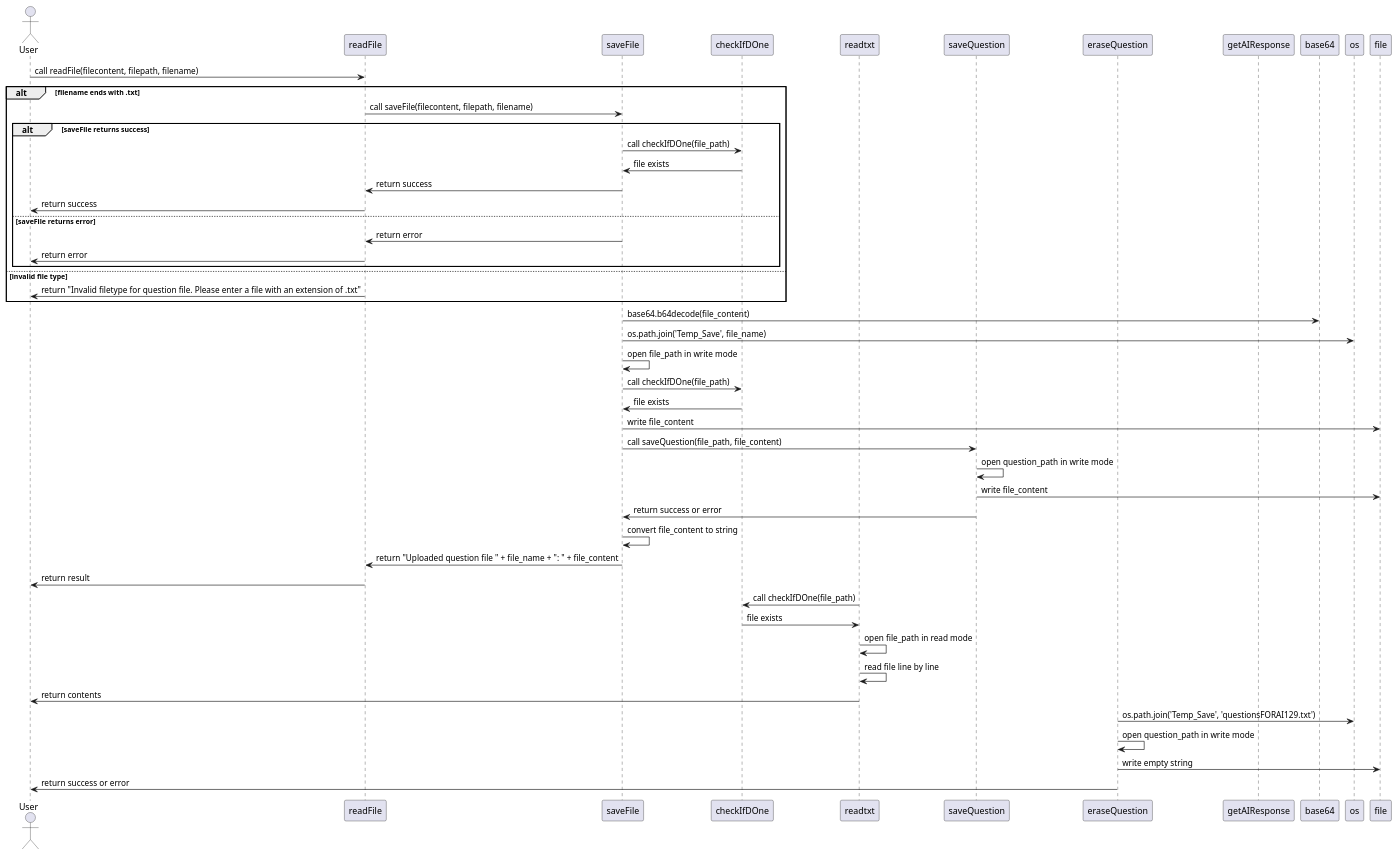
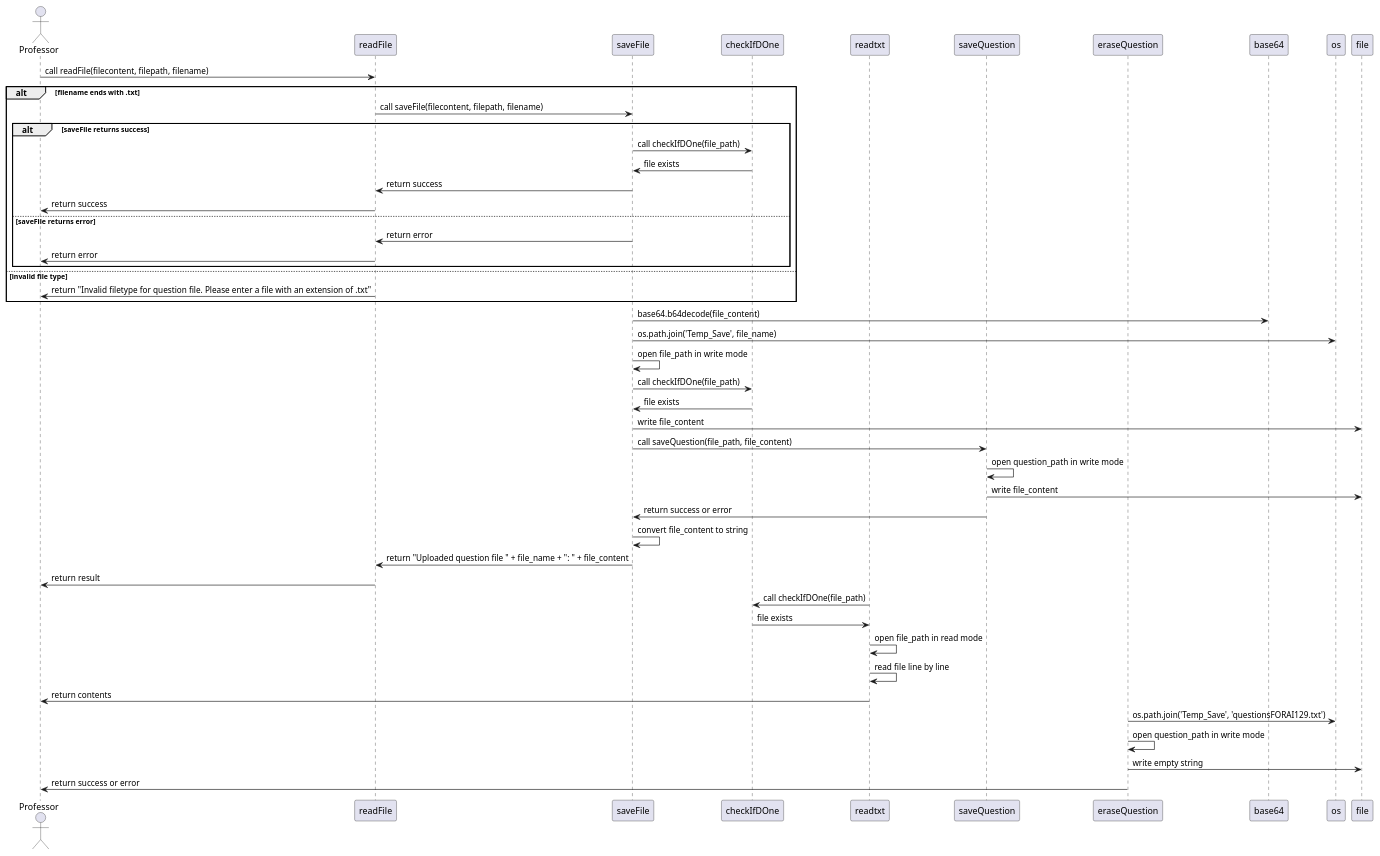
One commit to NoahS20/Grad-Project changed the diagram in Diagrams/Sequence Diagrams/BackEnd/questionprocesingUMLSequence.wsd. Above: the diagram before and after it, drawn with PlantUML. The commit also changed 22 other files, not shown here.

Commit message:
Removed irrelevant files. Removed outdated diagrams.

```diff
--- a/Diagrams/Sequence Diagrams/BackEnd/questionprocesingUMLSequence.wsd
+++ b/Diagrams/Sequence Diagrams/BackEnd/questionprocesingUMLSequence.wsd
@@ -1,53 +1,52 @@
 @startuml
-actor User
+actor Professor
 
 participant readFile
 participant saveFile
 participant checkIfDOne
 participant readtxt
 participant saveQuestion
 participant eraseQuestion
-participant getAIResponse
 
-User -> readFile: call readFile(filecontent, filepath, filename)
+Professor -> readFile: call readFile(filecontent, filepath, filename)
 alt filename ends with .txt
     readFile -> saveFile: call saveFile(filecontent, filepath, filename)
     alt saveFile returns success
         saveFile -> checkIfDOne: call checkIfDOne(file_path)
         checkIfDOne -> saveFile: file exists
         saveFile -> readFile: return success
-        readFile -> User: return success
+        readFile -> Professor: return success
     else saveFile returns error
         saveFile -> readFile: return error
-        readFile -> User: return error
+        readFile -> Professor: return error
     end
 else invalid file type
-    readFile -> User: return "Invalid filetype for question file. Please enter a file with an extension of .txt"
+    readFile -> Professor: return "Invalid filetype for question file. Please enter a file with an extension of .txt"
 end
 
 saveFile -> base64: base64.b64decode(file_content)
 saveFile -> os: os.path.join('Temp_Save', file_name)
 saveFile -> saveFile: open file_path in write mode
 saveFile -> checkIfDOne: call checkIfDOne(file_path)
 checkIfDOne -> saveFile: file exists
 saveFile -> file: write file_content
 saveFile -> saveQuestion: call saveQuestion(file_path, file_content)
 saveQuestion -> saveQuestion: open question_path in write mode
 saveQuestion -> file: write file_content
 saveQuestion -> saveFile: return success or error
 saveFile -> saveFile: convert file_content to string
 saveFile -> readFile: return "Uploaded question file " + file_name + ": " + file_content
 
-readFile -> User: return result
+readFile -> Professor: return result
 
 readtxt -> checkIfDOne: call checkIfDOne(file_path)
 checkIfDOne -> readtxt: file exists
 readtxt -> readtxt: open file_path in read mode
 readtxt -> readtxt: read file line by line
-readtxt -> User: return contents
+readtxt -> Professor: return contents
 
 eraseQuestion -> os: os.path.join('Temp_Save', 'questionsFORAI129.txt')
 eraseQuestion -> eraseQuestion: open question_path in write mode
 eraseQuestion -> file: write empty string
-eraseQuestion -> User: return success or error
+eraseQuestion -> Professor: return success or error
 @enduml
```
